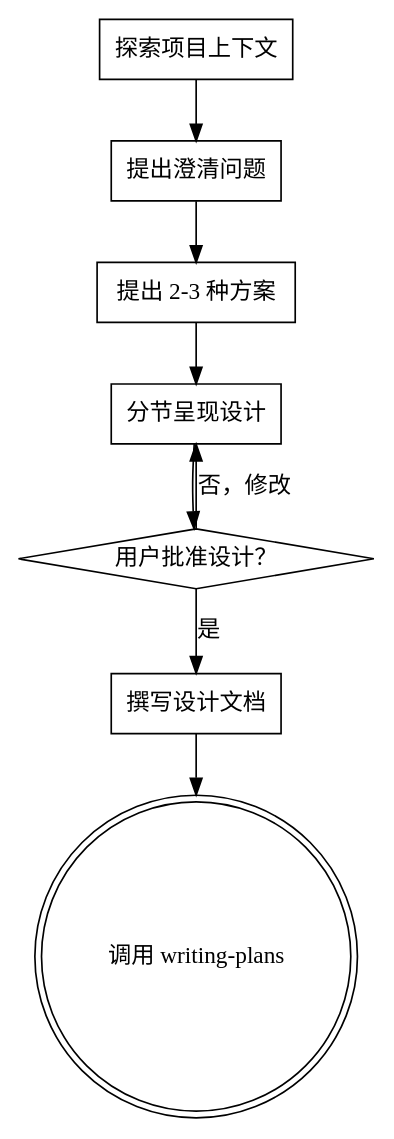
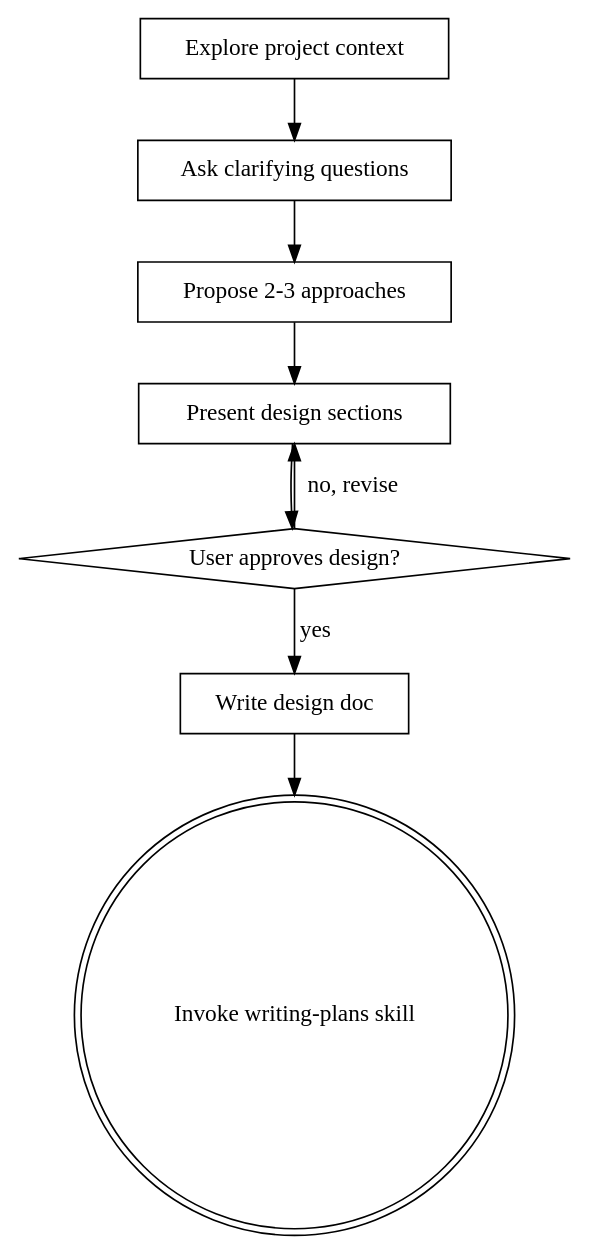
Before and after one commit to FairladyZ625/Obsidian-Brain-OS: the diagram in skills/recommended/brainstorming/SKILL.md, drawn with Graphviz. The commit also changed other lines of this file and 36 other files, not shown here.

````diff
--- a/skills/recommended/brainstorming/SKILL.md
+++ b/skills/recommended/brainstorming/SKILL.md
@@ -36,19 +35,19 @@
 ```dot
 digraph brainstorming {
-    "探索项目上下文" [shape=box];
-    "提出澄清问题" [shape=box];
-    "提出 2-3 种方案" [shape=box];
-    "分节呈现设计" [shape=box];
-    "用户批准设计？" [shape=diamond];
-    "撰写设计文档" [shape=box];
-    "调用 writing-plans" [shape=doublecircle];
+    "Explore project context" [shape=box];
+    "Ask clarifying questions" [shape=box];
+    "Propose 2-3 approaches" [shape=box];
+    "Present design sections" [shape=box];
+    "User approves design?" [shape=diamond];
+    "Write design doc" [shape=box];
+    "Invoke writing-plans skill" [shape=doublecircle];
 
-    "探索项目上下文" -> "提出澄清问题";
-    "提出澄清问题" -> "提出 2-3 种方案";
-    "提出 2-3 种方案" -> "分节呈现设计";
-    "分节呈现设计" -> "用户批准设计？";
-    "用户批准设计？" -> "分节呈现设计" [label="否，修改"];
-    "用户批准设计？" -> "撰写设计文档" [label="是"];
-    "撰写设计文档" -> "调用 writing-plans";
+    "Explore project context" -> "Ask clarifying questions";
+    "Ask clarifying questions" -> "Propose 2-3 approaches";
+    "Propose 2-3 approaches" -> "Present design sections";
+    "Present design sections" -> "User approves design?";
+    "User approves design?" -> "Present design sections" [label="no, revise"];
+    "User approves design?" -> "Write design doc" [label="yes"];
+    "Write design doc" -> "Invoke writing-plans skill";
 }
 ```
````
